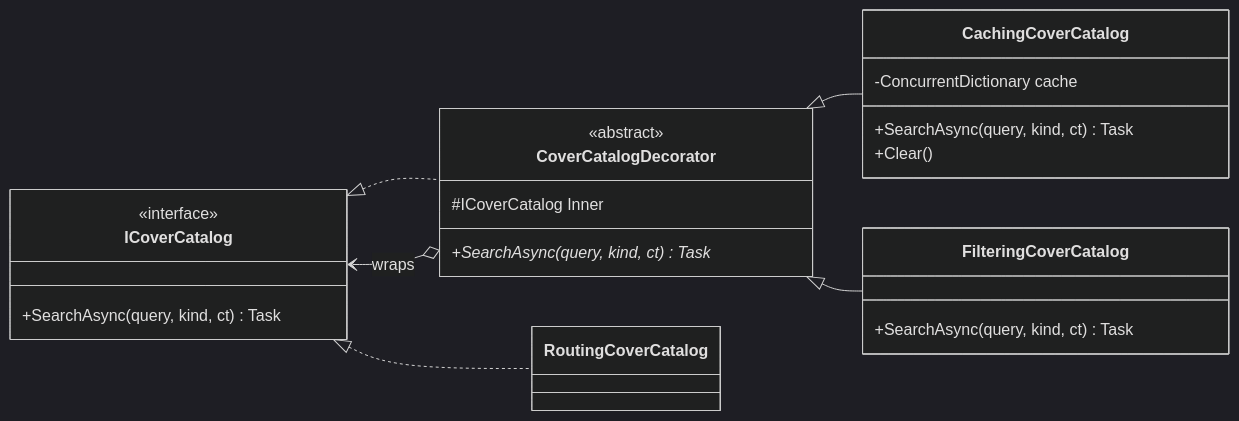
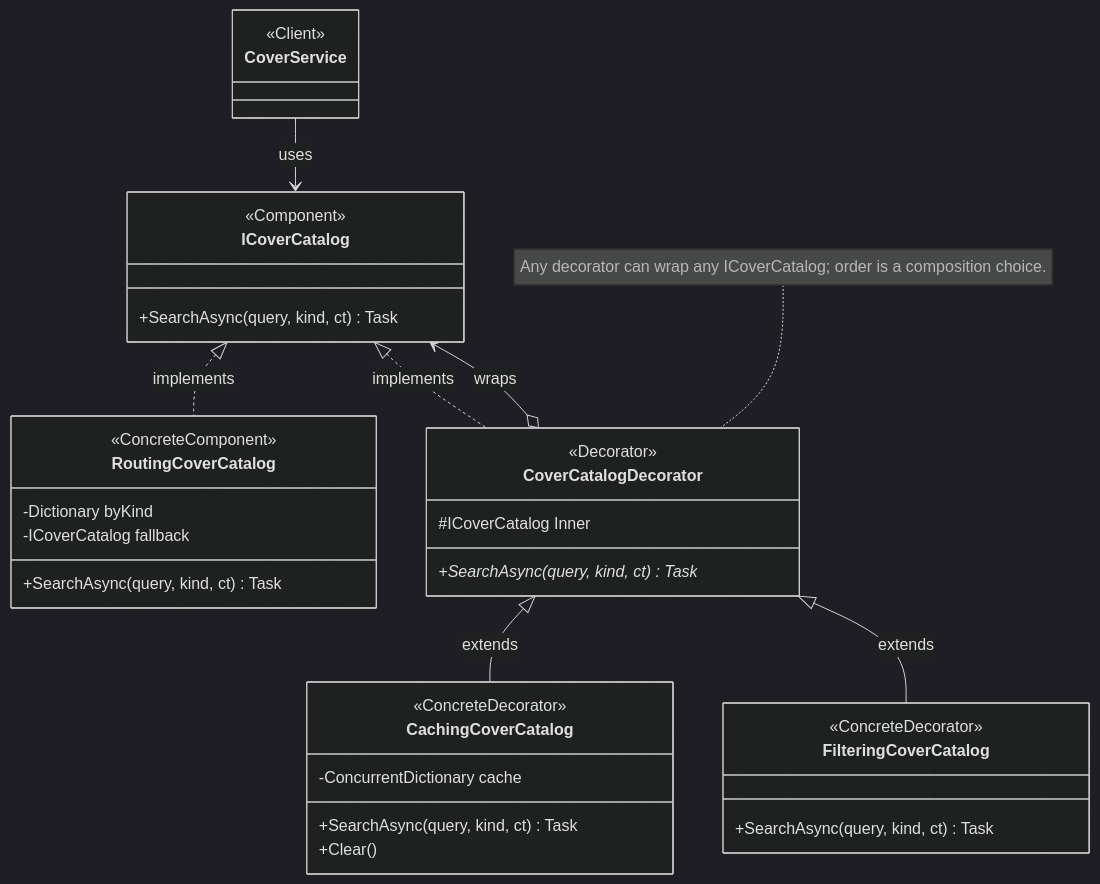
Before and after one commit to Prince-of-Nothing/TMPS-Labs: the second of 3 diagrams in Reports/Lab2.md, drawn with Mermaid (dark theme). The commit also changed other lines of this file and 1 other file, not shown here.

Commit message:
docs: restyle UML diagrams with Refactoring Guru roles

````diff
--- a/Reports/Lab2.md
+++ b/Reports/Lab2.md
@@ -202,27 +230,39 @@
 ```mermaid
 classDiagram
-direction LR
+direction TB
+class CoverService {
+  <<Client>>
+}
 class ICoverCatalog {
-  <<interface>>
+  <<Component>>
+  +SearchAsync(query, kind, ct) Task
+}
+class RoutingCoverCatalog {
+  <<ConcreteComponent>>
+  -Dictionary byKind
+  -ICoverCatalog fallback
   +SearchAsync(query, kind, ct) Task
 }
 class CoverCatalogDecorator {
-  <<abstract>>
+  <<Decorator>>
   #ICoverCatalog Inner
   +SearchAsync(query, kind, ct) Task*
 }
 class CachingCoverCatalog {
+  <<ConcreteDecorator>>
   -ConcurrentDictionary cache
   +SearchAsync(query, kind, ct) Task
   +Clear()
 }
 class FilteringCoverCatalog {
+  <<ConcreteDecorator>>
   +SearchAsync(query, kind, ct) Task
 }
-class RoutingCoverCatalog
-ICoverCatalog <|.. CoverCatalogDecorator
-CoverCatalogDecorator <|-- CachingCoverCatalog
-CoverCatalogDecorator <|-- FilteringCoverCatalog
+CoverService --> ICoverCatalog : uses
+ICoverCatalog <|.. RoutingCoverCatalog : implements
+ICoverCatalog <|.. CoverCatalogDecorator : implements
 CoverCatalogDecorator o--> ICoverCatalog : wraps
-ICoverCatalog <|.. RoutingCoverCatalog
+CoverCatalogDecorator <|-- CachingCoverCatalog : extends
+CoverCatalogDecorator <|-- FilteringCoverCatalog : extends
+note for CoverCatalogDecorator "Any decorator can wrap any ICoverCatalog; order is a composition choice."
 ```
````
